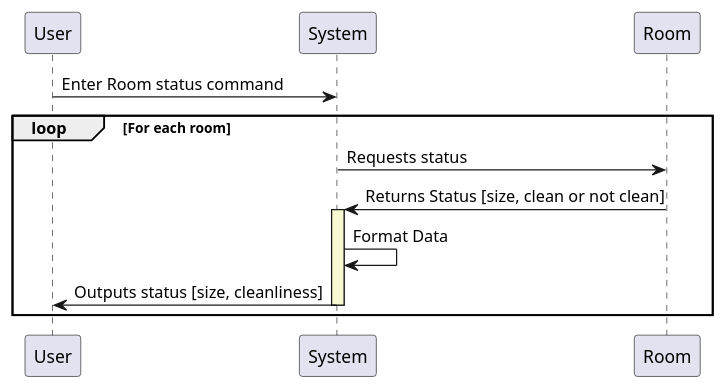
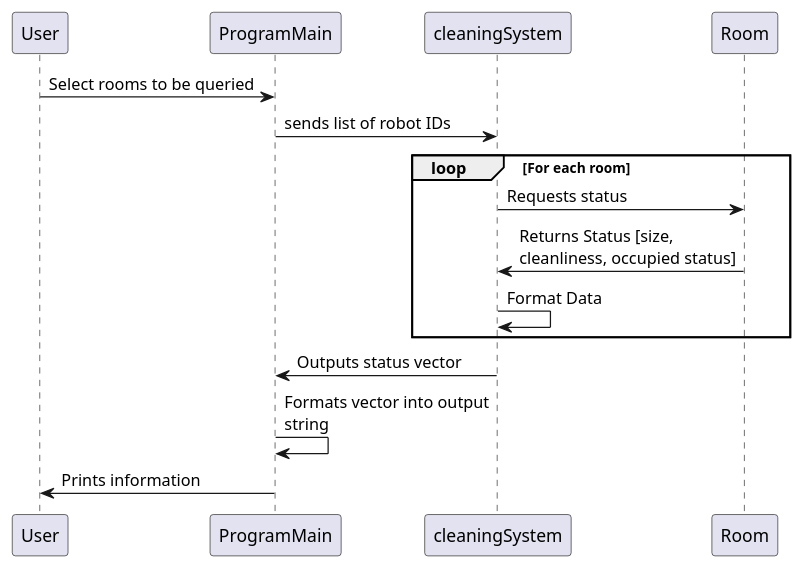
The diagram in docs/design/sequence_diagrams/room_status.puml (arisk02/robot-fleet-management-system), drawn with PlantUML before and after one commit.

Commit message:
updated room status query to final form

```diff
--- a/docs/design/sequence_diagrams/room_status.puml
+++ b/docs/design/sequence_diagrams/room_status.puml
@@ -1,13 +1,14 @@
 @startuml
 
-User ->  System: Enter Room status command
+User ->  ProgramMain: Select rooms to be queried
+ProgramMain -> cleaningSystem : sends list of robot IDs
 loop For each room
-System -> Room: Requests status
-Room -> System: Returns Status [size, clean or not clean]
-activate System #LightGoldenRodYellow
-System -> System : Format Data
-System -> User: Outputs status [size, cleanliness]
-deactivate
+cleaningSystem -> Room: Requests status
+Room -> cleaningSystem: Returns Status [size,\ncleanliness, occupied status]
+cleaningSystem -> cleaningSystem : Format Data
 end
+cleaningSystem -> ProgramMain : Outputs status vector
+ProgramMain -> ProgramMain : Formats vector into output\nstring
+ProgramMain -> User : Prints information
 
 @enduml
```
